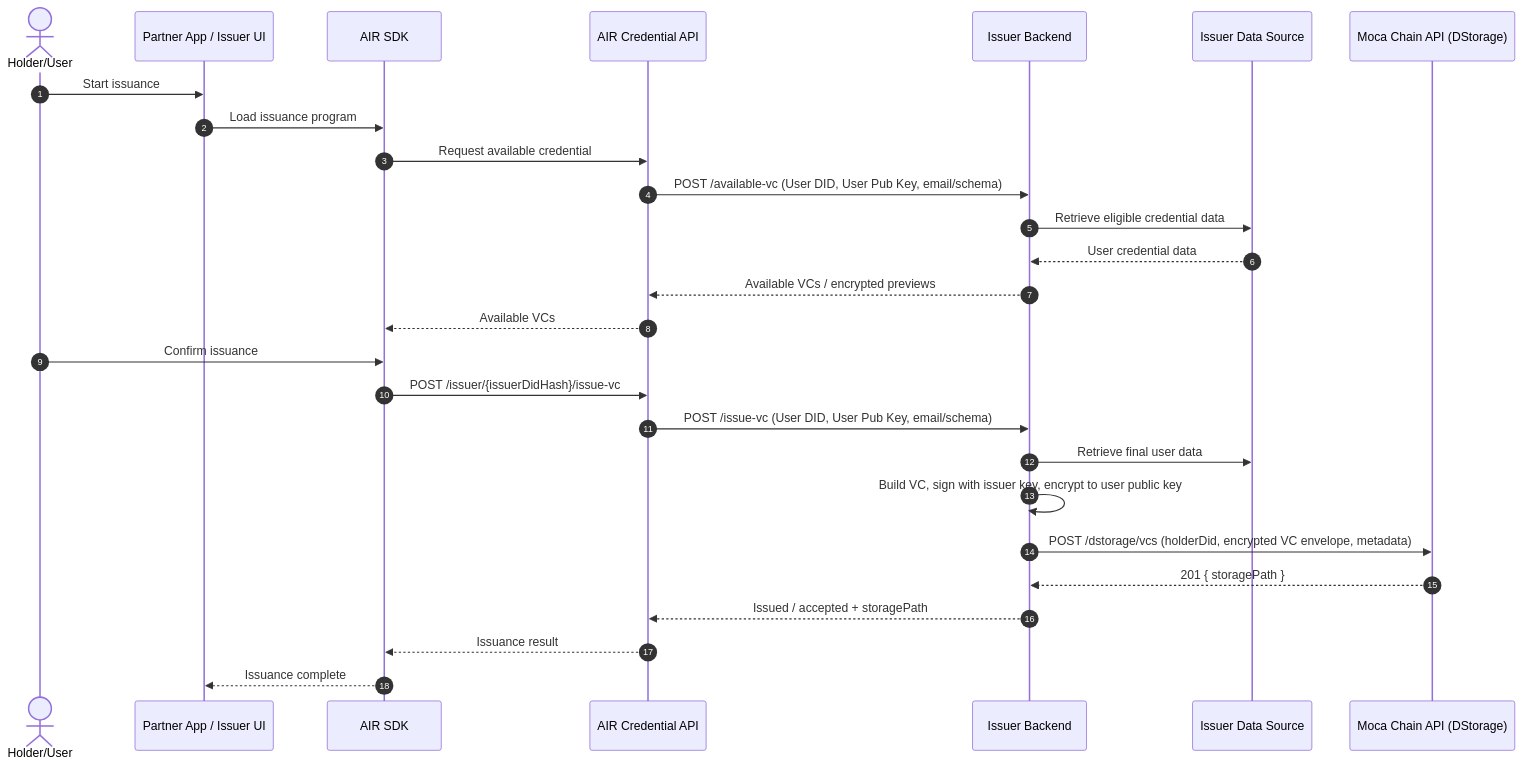
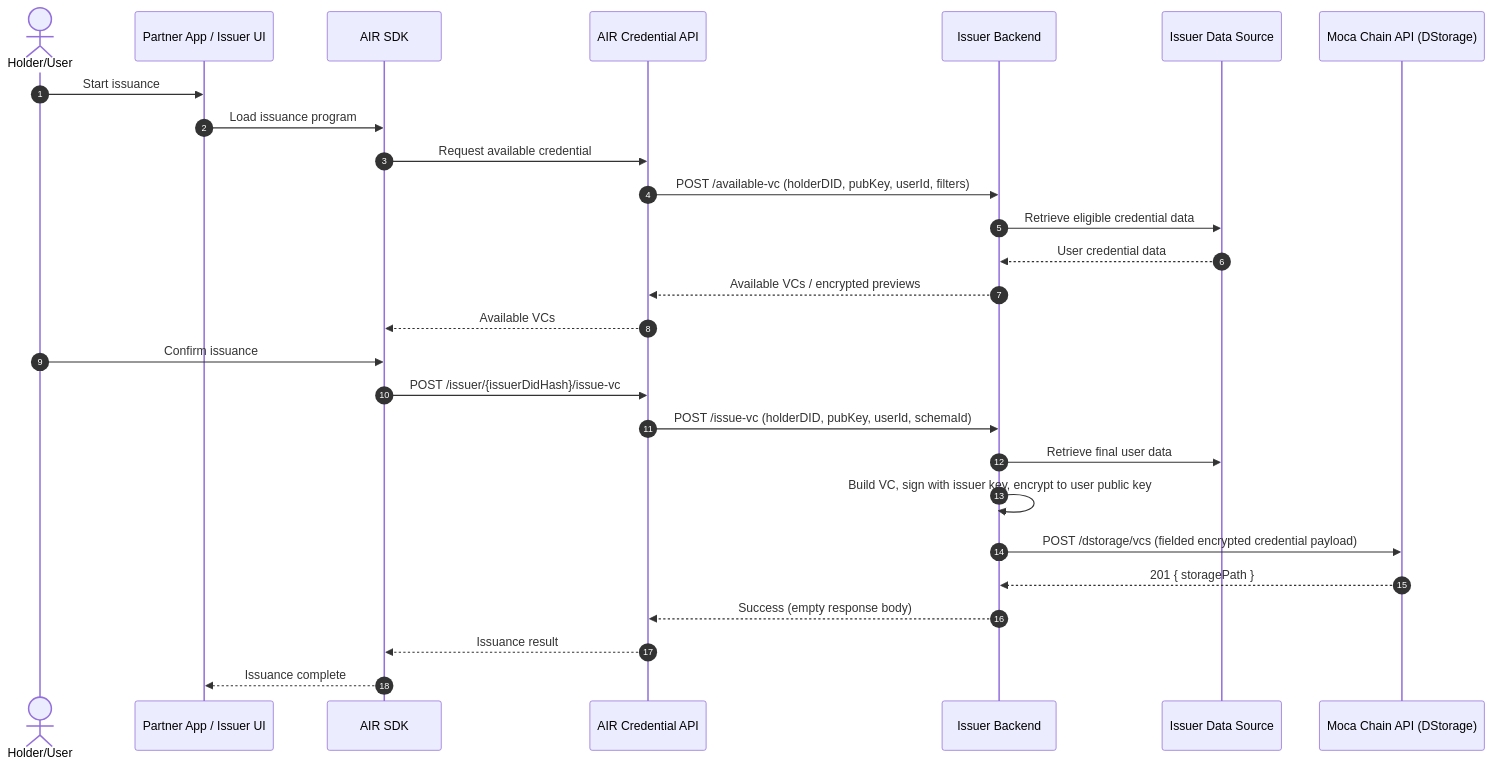
One commit to MocaNetwork/docs changed the diagram in airkit/usage/credential/issuing-credentials.mdx. Above: the diagram before and after it, drawn with Mermaid. The commit also changed other lines of this file and 15 other files, not shown here.

````diff
--- a/airkit/usage/credential/issuing-credentials.mdx
+++ b/airkit/usage/credential/issuing-credentials.mdx
@@ -82,29 +95,29 @@
 ```mermaid
 sequenceDiagram
     autonumber
     actor U as Holder/User
     participant App as Partner App / Issuer UI
     participant SDK as AIR SDK
     participant CAPI as AIR Credential API
     participant Iss as Issuer Backend
     participant DS as Issuer Data Source
     participant Chain as Moca Chain API (DStorage)
     U->>App: Start issuance
     App->>SDK: Load issuance program
     SDK->>CAPI: Request available credential
-    CAPI->>Iss: POST /available-vc (User DID, User Pub Key, email/schema)
+    CAPI->>Iss: POST /available-vc (holderDID, pubKey, userId, filters)
     Iss->>DS: Retrieve eligible credential data
     DS-->>Iss: User credential data
     Iss-->>CAPI: Available VCs / encrypted previews
     CAPI-->>SDK: Available VCs
     U->>SDK: Confirm issuance
     SDK->>CAPI: POST /issuer/{issuerDidHash}/issue-vc
-    CAPI->>Iss: POST /issue-vc (User DID, User Pub Key, email/schema)
+    CAPI->>Iss: POST /issue-vc (holderDID, pubKey, userId, schemaId)
     Iss->>DS: Retrieve final user data
     Iss->>Iss: Build VC, sign with issuer key, encrypt to user public key
-    Iss->>Chain: POST /dstorage/vcs (holderDid, encrypted VC envelope, metadata)
+    Iss->>Chain: POST /dstorage/vcs (fielded encrypted credential payload)
     Chain-->>Iss: 201 { storagePath }
-    Iss-->>CAPI: Issued / accepted + storagePath
+    Iss-->>CAPI: Success (empty response body)
     CAPI-->>SDK: Issuance result
     SDK-->>App: Issuance complete
 ```
````
